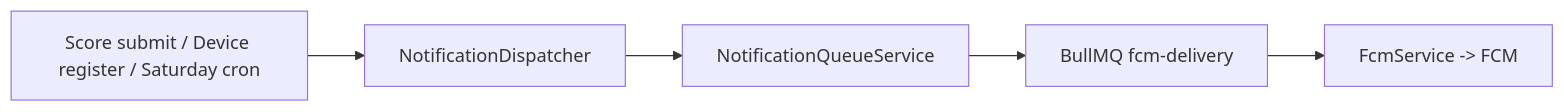
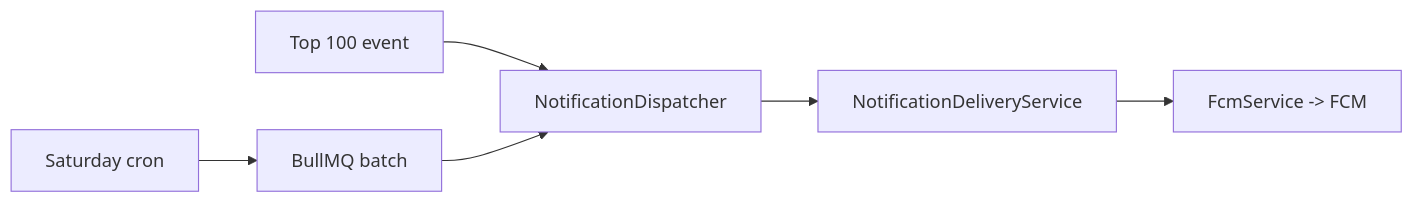
One commit to kevinvuong-mim/game-api changed the third of 3 diagrams in documents/architecture/overview.md. Above: the diagram before and after it, drawn with Mermaid. The commit also changed other lines of this file and 47 other files, not shown here.

````diff
--- a/documents/architecture/overview.md
+++ b/documents/architecture/overview.md
@@ -108,7 +105,8 @@
 ```mermaid
 flowchart LR
-    A[Score submit / Device register / Saturday cron] --> B[NotificationDispatcher]
-    B --> C[NotificationQueueService]
-    C --> D[BullMQ fcm-delivery]
-    D --> E[FcmService -> FCM]
+    A[Top 100 event] --> B[NotificationDispatcher]
+    B --> C[NotificationDeliveryService]
+    C --> D[FcmService -> FCM]
+    E[Saturday cron] --> F[BullMQ batch]
+    F --> B
 ```
````
